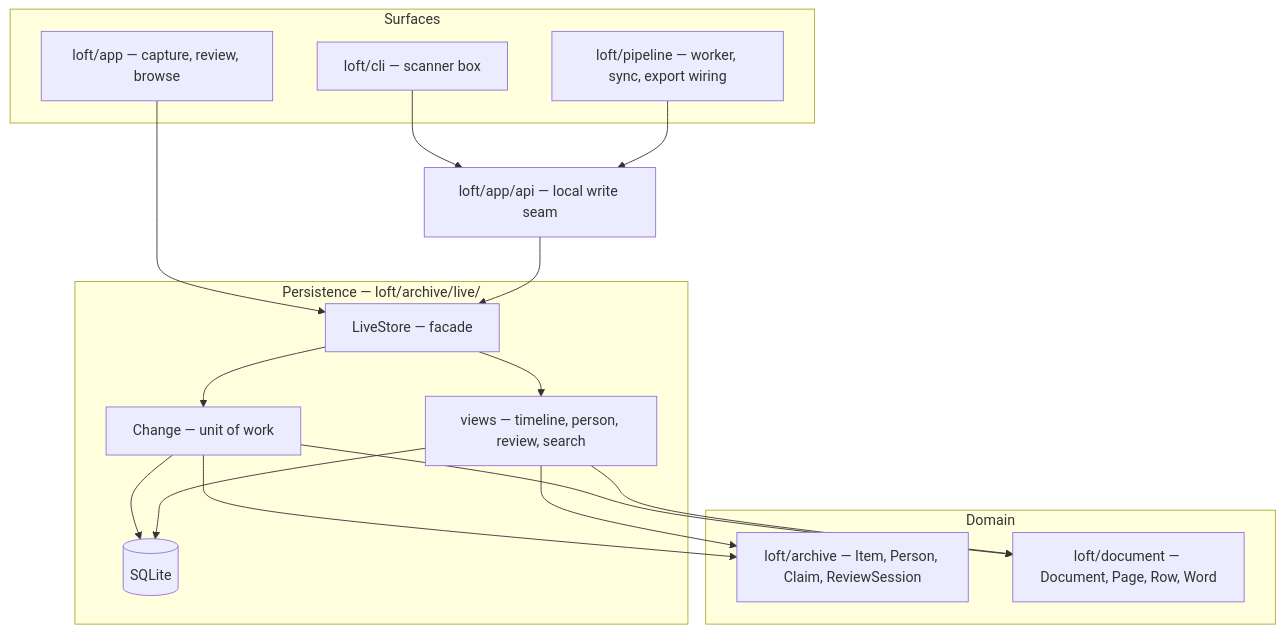
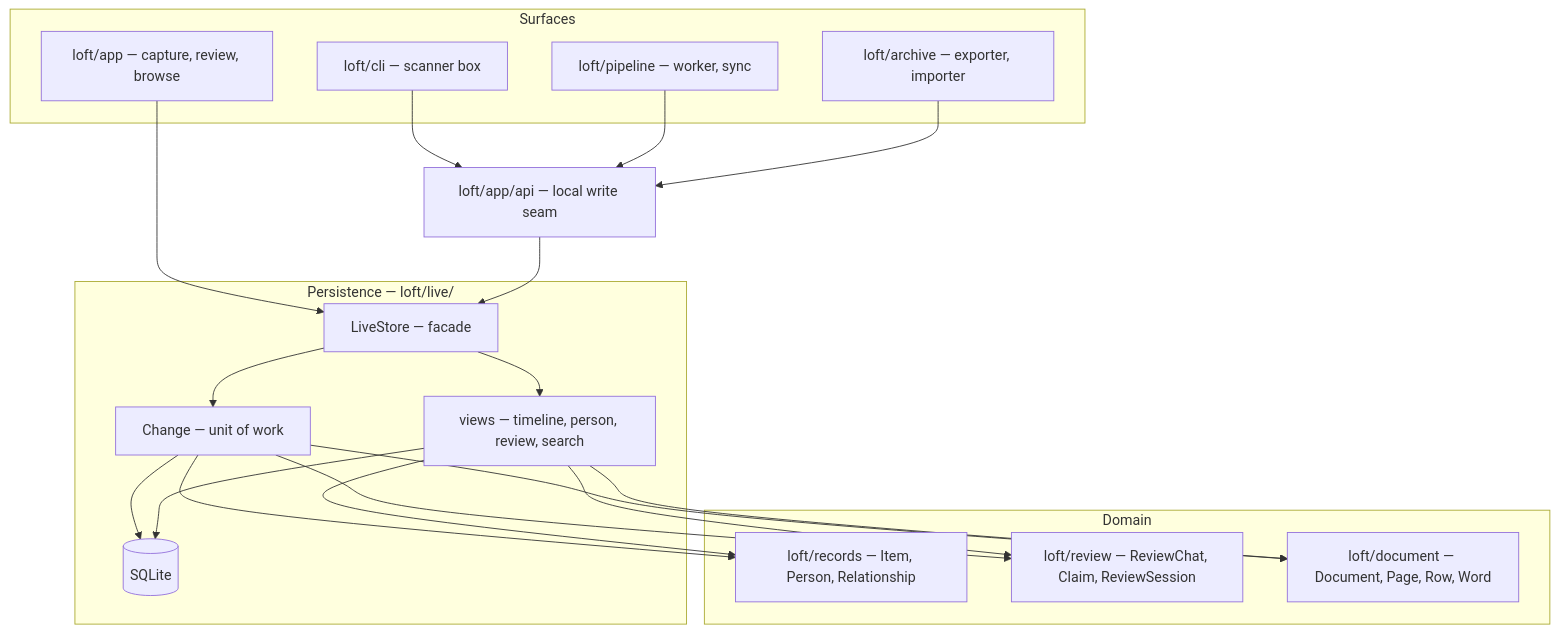
One commit to ashbywinch/the-loft changed the diagram in docs/TECHSPEC/08-code-organisation.md. Above: the diagram before and after it, drawn with Mermaid. The commit also changed other lines of this file and 5 other files, not shown here.

First line of the commit message:
docs: records, review, live and archive are the package names

````diff
--- a/docs/TECHSPEC/08-code-organisation.md
+++ b/docs/TECHSPEC/08-code-organisation.md
@@ -16,31 +16,36 @@
 ```mermaid
 flowchart TB
   subgraph Surfaces["Surfaces"]
     App["loft/app — capture, review, browse"]
     CLI["loft/cli — scanner box"]
-    Worker["loft/pipeline — worker, sync, export wiring"]
+    Worker["loft/pipeline — worker, sync"]
+    Archive["loft/archive — exporter, importer"]
   end
-  subgraph Persistence["Persistence — loft/archive/live/"]
+  subgraph Persistence["Persistence — loft/live/"]
     Store["LiveStore — facade"]
     Change["Change — unit of work"]
     Views["views — timeline, person, review, search"]
     SQL[("SQLite")]
   end
   subgraph Domain["Domain"]
-    Archive["loft/archive — Item, Person, Claim, ReviewSession"]
+    Records["loft/records — Item, Person, Relationship"]
+    Review["loft/review — ReviewChat, Claim, ReviewSession"]
     Document["loft/document — Document, Page, Row, Word"]
   end
 
   App --> Store
   CLI --> API["loft/app/api — local write seam"]
   Worker --> API
+  Archive --> API
   API --> Store
   Store --> Change
   Store --> Views
   Change --> SQL
   Views --> SQL
-  Change --> Archive
+  Change --> Records
+  Change --> Review
   Change --> Document
-  Views --> Archive
+  Views --> Records
+  Views --> Review
   Views --> Document
 ```
````
